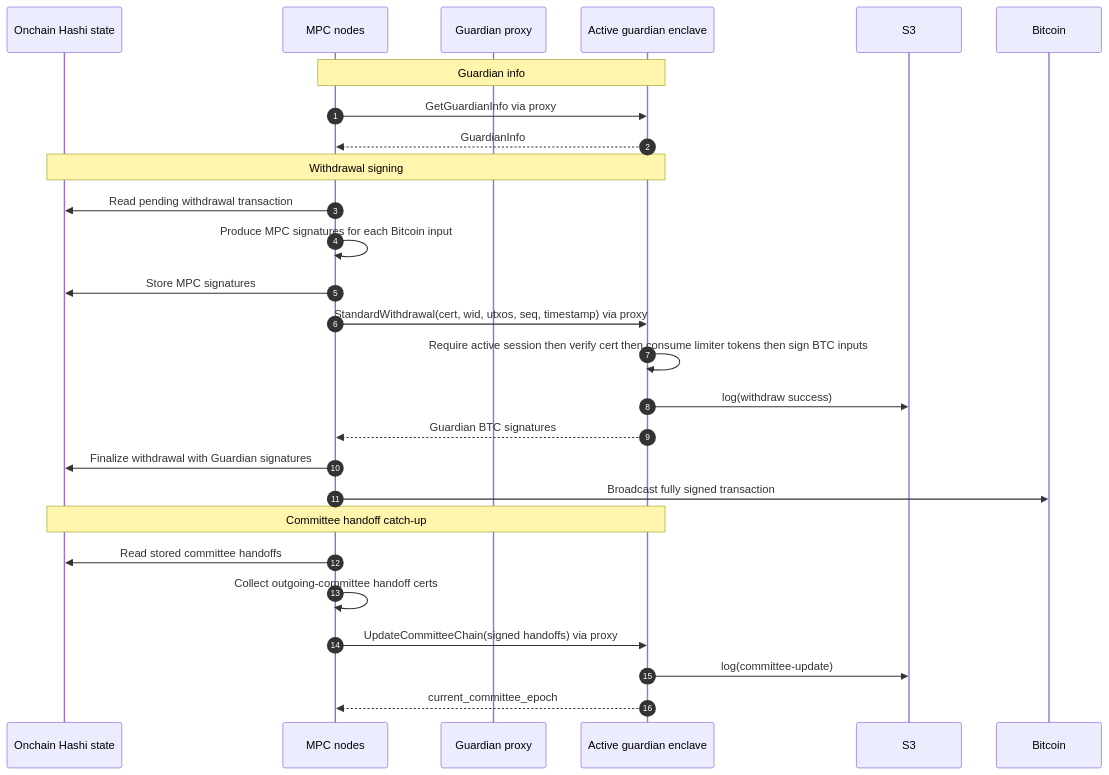
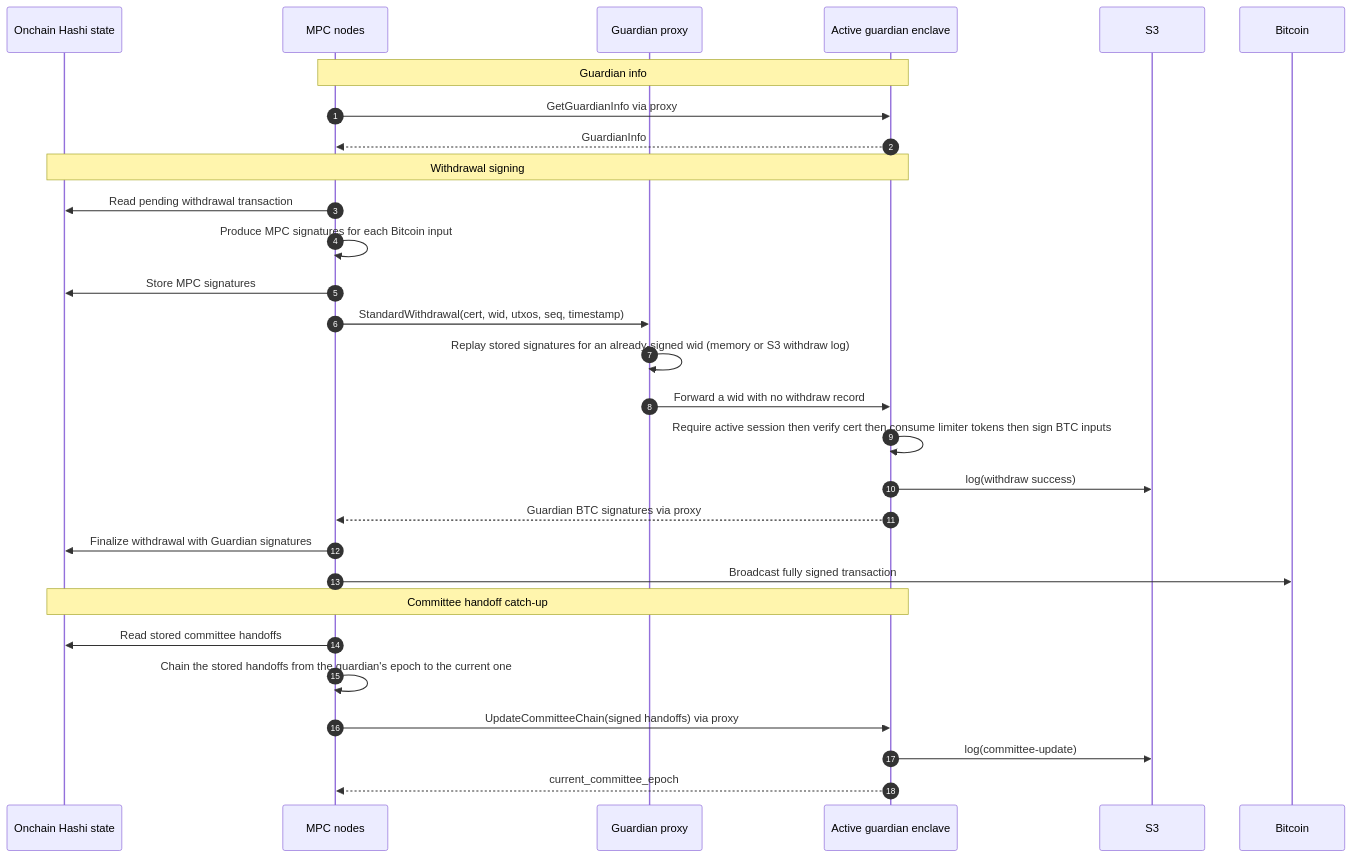
Before and after one commit to MystenLabs/hashi: the fourth of 4 diagrams in design/docs/guardian.mdx, drawn with Mermaid. The commit also changed other lines of this file and 10 other files, not shown here.

````diff
--- a/design/docs/guardian.mdx
+++ b/design/docs/guardian.mdx
@@ -241,33 +253,35 @@
 ```mermaid
 sequenceDiagram
     autonumber
 
     participant Onchain as Onchain Hashi state
     participant MPC as MPC nodes
     participant Proxy as Guardian proxy
     participant Guardian as Active guardian enclave
     participant S3
     participant Bitcoin
 
     Note over MPC,Guardian: Guardian info
     MPC->>Guardian: GetGuardianInfo via proxy
     Guardian-->>MPC: GuardianInfo
 
     Note over Onchain,Guardian: Withdrawal signing
     MPC->>Onchain: Read pending withdrawal transaction
     MPC->>MPC: Produce MPC signatures for each Bitcoin input
     MPC->>Onchain: Store MPC signatures
-    MPC->>Guardian: StandardWithdrawal(cert, wid, utxos, seq, timestamp) via proxy
+    MPC->>Proxy: StandardWithdrawal(cert, wid, utxos, seq, timestamp)
+    Proxy->>Proxy: Replay stored signatures for an already-signed wid (memory or S3 withdraw log)
+    Proxy->>Guardian: Forward a wid with no withdraw record
     Guardian->>Guardian: Require active session then verify cert then consume limiter tokens then sign BTC inputs
     Guardian->>S3: log(withdraw success)
-    Guardian-->>MPC: Guardian BTC signatures
+    Guardian-->>MPC: Guardian BTC signatures via proxy
     MPC->>Onchain: Finalize withdrawal with Guardian signatures
     MPC->>Bitcoin: Broadcast fully signed transaction
 
     Note over Onchain,Guardian: Committee handoff catch-up
     MPC->>Onchain: Read stored committee handoffs
-    MPC->>MPC: Collect outgoing-committee handoff certs
+    MPC->>MPC: Chain the stored handoffs from the guardian's epoch to the current one
     MPC->>Guardian: UpdateCommitteeChain(signed handoffs) via proxy
     Guardian->>S3: log(committee-update)
     Guardian-->>MPC: current_committee_epoch
 ```
````
